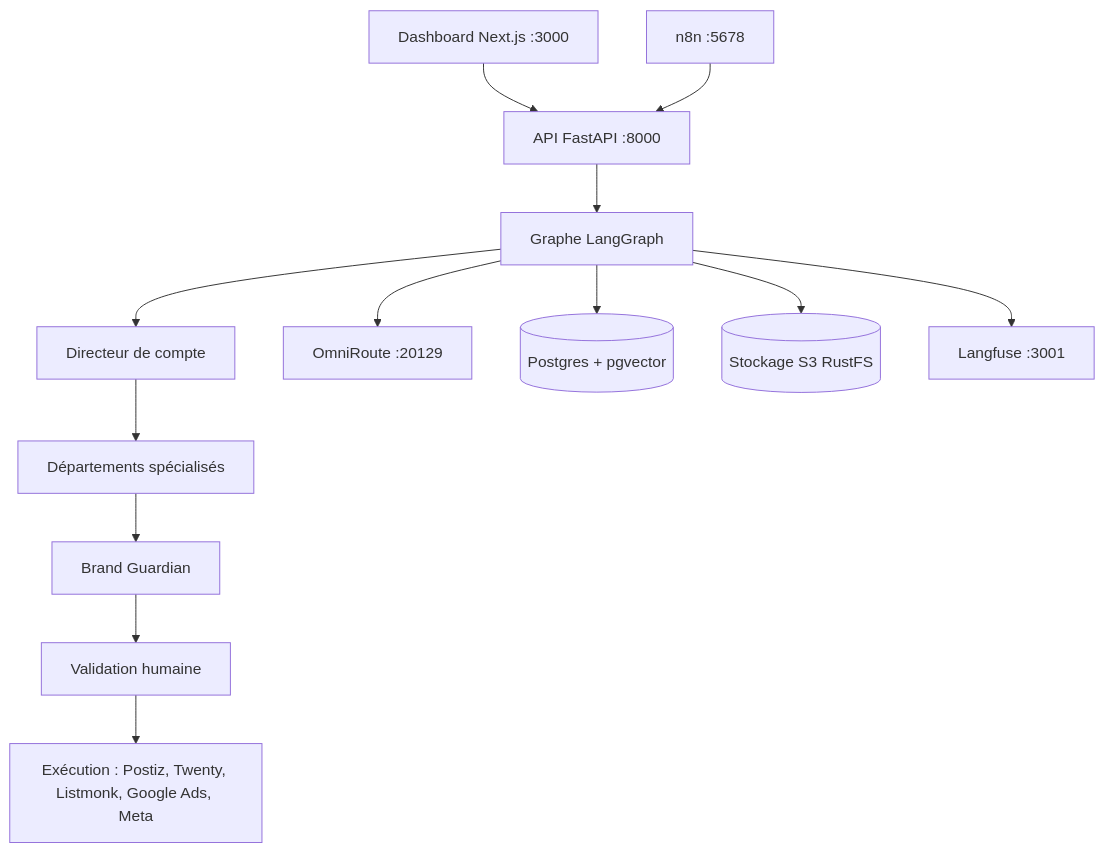
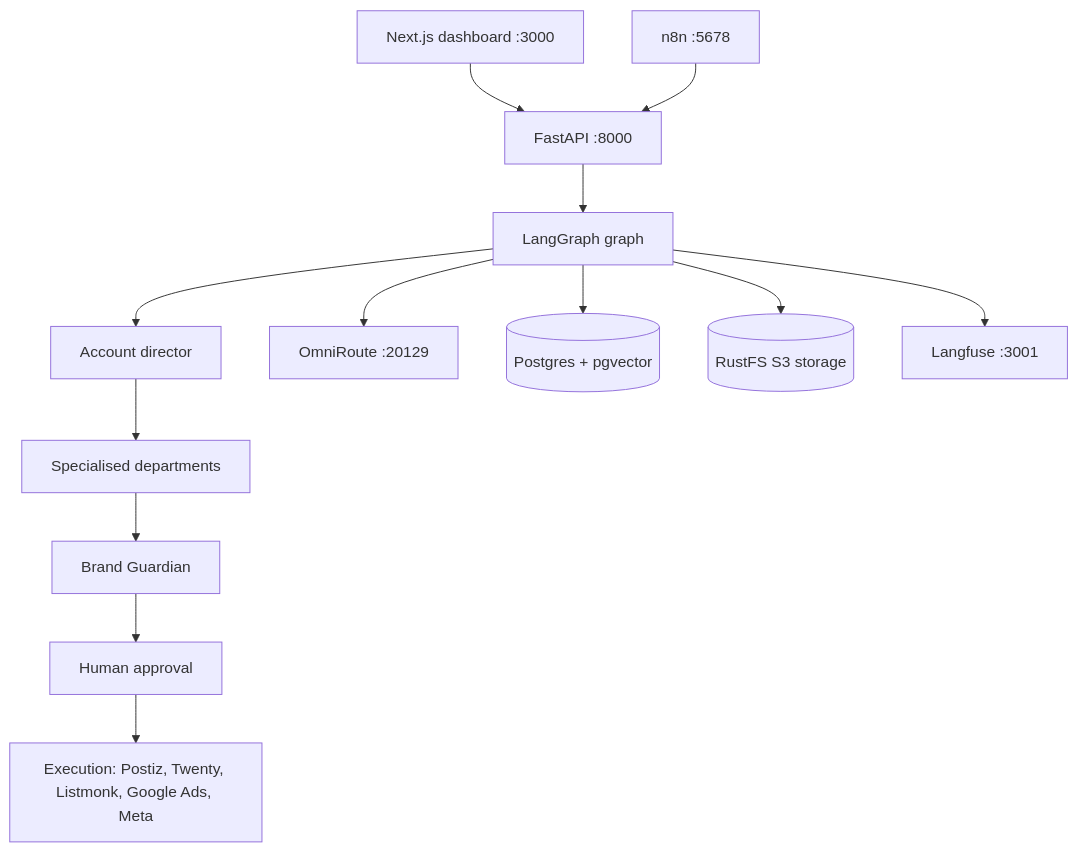
One commit to NefziSofien/Ai-Agency changed the diagram in README.md. Above: the diagram before and after it, drawn with Mermaid. The commit also changed other lines of this file and 4 other files, not shown here.

````diff
--- a/README.md
+++ b/README.md
@@ -7,15 +13,15 @@
 ```mermaid
 flowchart TB
-    Dashboard["Dashboard Next.js :3000"] --> API["API FastAPI :8000"]
+    Dashboard["Next.js dashboard :3000"] --> API["FastAPI :8000"]
     N8N["n8n :5678"] --> API
-    API --> Graph["Graphe LangGraph"]
-    Graph --> Plan[Directeur de compte]
-    Plan --> Depts["Départements spécialisés"]
+    API --> Graph["LangGraph graph"]
+    Graph --> Plan[Account director]
+    Plan --> Depts["Specialised departments"]
     Depts --> Guardian[Brand Guardian]
-    Guardian --> Approval[Validation humaine]
-    Approval --> Exec["Exécution : Postiz, Twenty, Listmonk, Google Ads, Meta"]
+    Guardian --> Approval[Human approval]
+    Approval --> Exec["Execution: Postiz, Twenty, Listmonk, Google Ads, Meta"]
     Graph --> OmniRoute["OmniRoute :20129"]
     Graph --> PG[("Postgres + pgvector")]
-    Graph --> S3[("Stockage S3 RustFS")]
+    Graph --> S3[("RustFS S3 storage")]
     Graph --> Langfuse["Langfuse :3001"]
 ```
````
